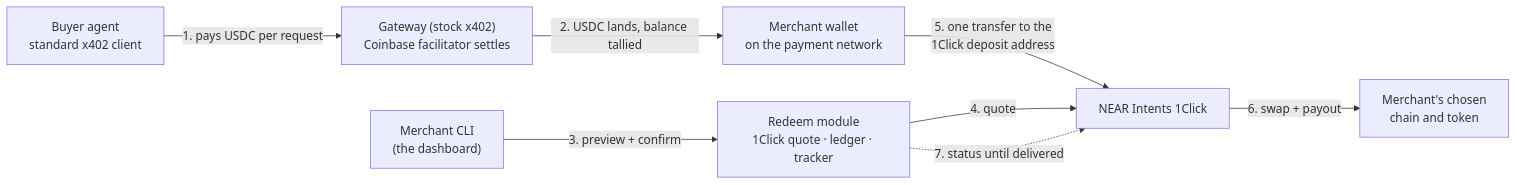
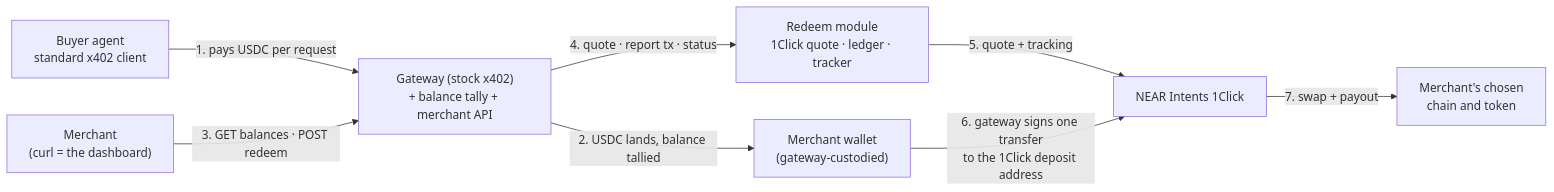
Before and after one commit to IkerAlus/1CS_redeem_demo: the diagram in README.md, drawn with Mermaid. The commit also changed other lines of this file and 6 other files, not shown here.

Commit message:
define merchant rest API and assume custodial workflow by the gateway

````diff
--- a/README.md
+++ b/README.md
@@ -7,10 +7,10 @@
 ```mermaid
 flowchart LR
-    B["Buyer agent<br/>standard x402 client"] -- "1. pays USDC per request" --> G["Gateway (stock x402)<br/>Coinbase facilitator settles"]
-    G -- "2. USDC lands, balance tallied" --> W["Merchant wallet<br/>on the payment network"]
-    M["Merchant CLI<br/>(the dashboard)"] -- "3. preview + confirm" --> R["Redeem module<br/>1Click quote · ledger · tracker"]
-    R -- "4. quote" --> N["NEAR Intents 1Click"]
-    W -- "5. one transfer to the<br/>1Click deposit address" --> N
-    N -- "6. swap + payout" --> D["Merchant's chosen<br/>chain and token"]
-    R -. "7. status until delivered" .-> N
+    B["Buyer agent<br/>standard x402 client"] -- "1. pays USDC per request" --> G["Gateway (stock x402)<br/>+ balance tally + merchant API"]
+    G -- "2. USDC lands, balance tallied" --> W["Merchant wallet<br/>(gateway-custodied)"]
+    M["Merchant<br/>(curl = the dashboard)"] -- "3. GET balances · POST redeem" --> G
+    G -- "4. quote · report tx · status" --> R["Redeem module<br/>1Click quote · ledger · tracker"]
+    R -- "5. quote + tracking" --> N["NEAR Intents 1Click"]
+    W -- "6. gateway signs one transfer<br/>to the 1Click deposit address" --> N
+    N -- "7. swap + payout" --> D["Merchant's chosen<br/>chain and token"]
 ```
````
